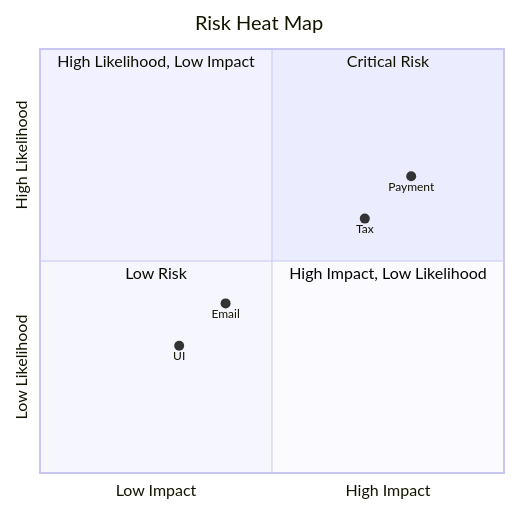
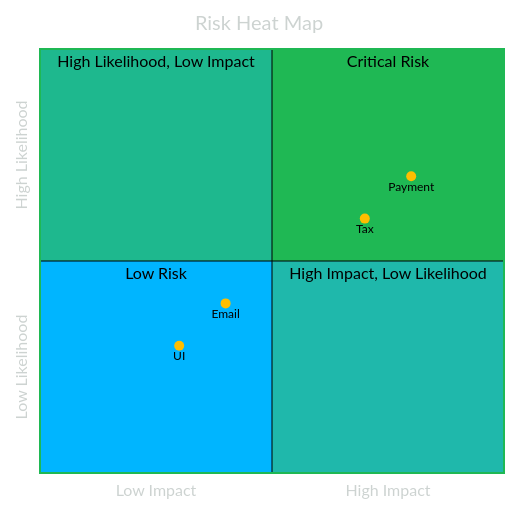
Before and after one commit to oat431/swe-knowledge: the third of 3 diagrams in career-path/10_Quality_and_Test_Engineering/01_Test_Strategy/01_Risk_Based_Testing.md, drawn with Mermaid. The commit also changed other lines of this file and 893 other files, not shown here.

````diff
--- a/career-path/10_Quality_and_Test_Engineering/01_Test_Strategy/01_Risk_Based_Testing.md
+++ b/career-path/10_Quality_and_Test_Engineering/01_Test_Strategy/01_Risk_Based_Testing.md
@@ -359,14 +361,15 @@
 ```mermaid
+%%{init: {'theme':'base','themeVariables':{'primaryColor':'#19362D','primaryTextColor':'#CDD3D1','primaryBorderColor':'#1FB854','lineColor':'#1FB854','background':'#1B1717','fontSize':'14px','quadrant1Fill':'#1FB854','quadrant2Fill':'#1EB88E','quadrant3Fill':'#00B5FF','quadrant4Fill':'#1FB8AB','quadrant1TextFill':'#000000','quadrant2TextFill':'#000000','quadrant3TextFill':'#000000','quadrant4TextFill':'#000000','quadrantPointFill':'#FFBE00','quadrantPointTextFill':'#000000','quadrantXAxisTextFill':'#CDD3D1','quadrantYAxisTextFill':'#CDD3D1','quadrantInternalBorderStrokeFill':'#000000','quadrantExternalBorderStrokeFill':'#1FB854','quadrantTitleFill':'#CDD3D1'}}}%%
 quadrantChart
     title Risk Heat Map
     x-axis Low Impact --> High Impact
     y-axis Low Likelihood --> High Likelihood
     quadrant-1 Critical Risk
     quadrant-2 High Likelihood, Low Impact
     quadrant-3 Low Risk
     quadrant-4 High Impact, Low Likelihood
     Payment: [0.8, 0.7]
     Tax: [0.7, 0.6]
     Email: [0.4, 0.4]
     UI: [0.3, 0.3]
 ```
````
